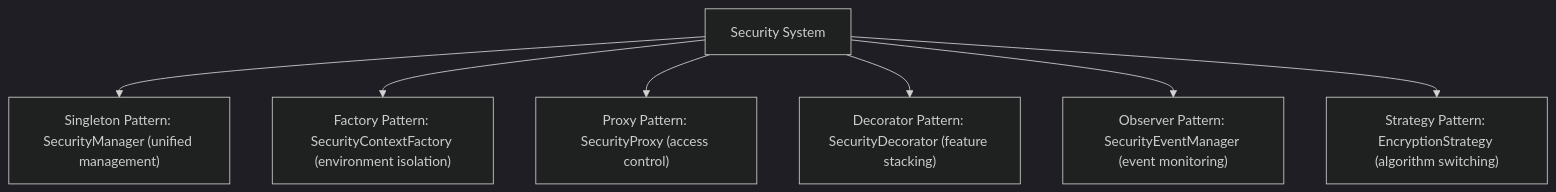
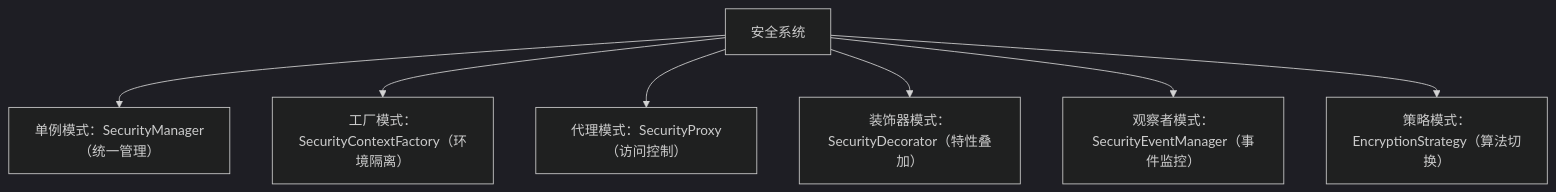
Before and after one commit to Kirky-X/diting: the diagram in references/security/examples.md, drawn with Mermaid (dark theme). The commit also changed other lines of this file and 74 other files, not shown here.

````diff
--- a/references/security/examples.md
+++ b/references/security/examples.md
@@ -183,10 +183,10 @@
 ```mermaid
 flowchart TD
-    SS["Security System"]
-    SS --> SP["Singleton Pattern: SecurityManager (unified management)"]
-    SS --> FP["Factory Pattern: SecurityContextFactory (environment isolation)"]
-    SS --> PP["Proxy Pattern: SecurityProxy (access control)"]
-    SS --> DP["Decorator Pattern: SecurityDecorator (feature stacking)"]
-    SS --> OP["Observer Pattern: SecurityEventManager (event monitoring)"]
-    SS --> STP["Strategy Pattern: EncryptionStrategy (algorithm switching)"]
+    SS["安全系统"]
+    SS --> SP["单例模式：SecurityManager（统一管理）"]
+    SS --> FP["工厂模式：SecurityContextFactory（环境隔离）"]
+    SS --> PP["代理模式：SecurityProxy（访问控制）"]
+    SS --> DP["装饰器模式：SecurityDecorator（特性叠加）"]
+    SS --> OP["观察者模式：SecurityEventManager（事件监控）"]
+    SS --> STP["策略模式：EncryptionStrategy（算法切换）"]
 ```
````
